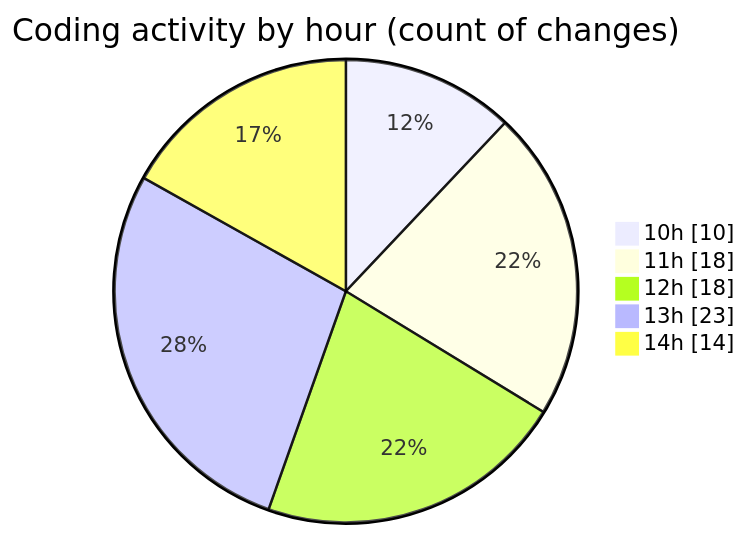
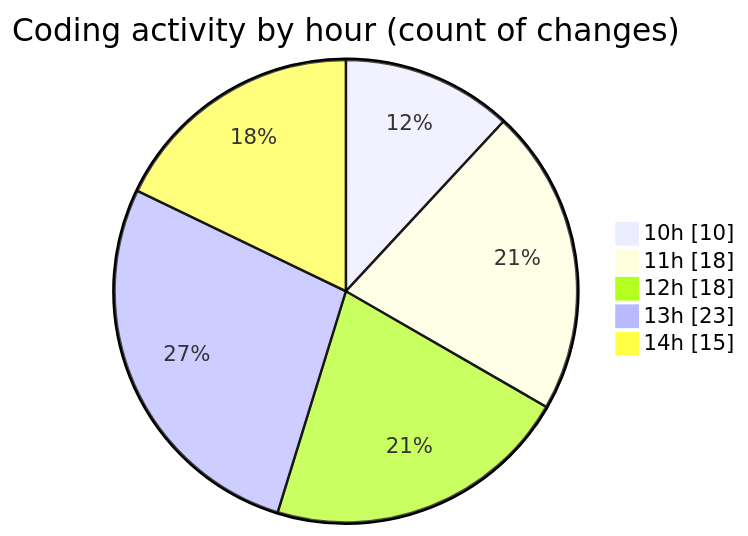
The second of 2 diagrams in 2025-07-14/cda/README.md (momahboobian/code-tracking), drawn with Mermaid before and after one commit. The commit also changed other lines of this file and 1 other file, not shown here.

````diff
--- a/2025-07-14/cda/README.md
+++ b/2025-07-14/cda/README.md
@@ -36,9 +37,9 @@
 ```mermaid
 pie showData
 title Coding activity by hour (count of changes)
 "10h" : 10
 "11h" : 18
 "12h" : 18
 "13h" : 23
-"14h" : 14
+"14h" : 15
 ```
````
